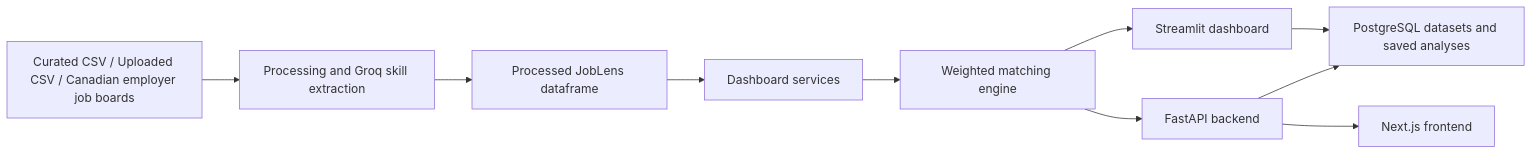
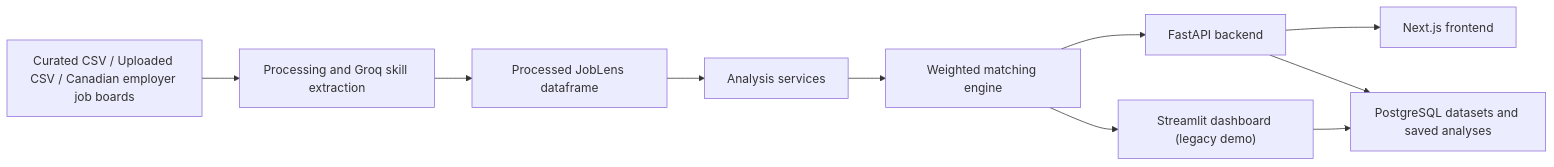
Before and after one commit to rpss30/JobLens-AI: the diagram in README.md, drawn with Mermaid. The commit also changed other lines of this file, not shown here.

````diff
--- a/README.md
+++ b/README.md
@@ -33,12 +44,12 @@
 ```mermaid
 flowchart LR
     A["Curated CSV / Uploaded CSV / Canadian employer job boards"] --> B["Processing and Groq skill extraction"]
     B --> C["Processed JobLens dataframe"]
-    C --> D["Dashboard services"]
+    C --> D["Analysis services"]
     D --> E["Weighted matching engine"]
-    E --> F["Streamlit dashboard"]
     E --> G["FastAPI backend"]
     G --> I["Next.js frontend"]
-    F --> H["PostgreSQL datasets and saved analyses"]
-    G --> H
+    G --> H["PostgreSQL datasets and saved analyses"]
+    E --> F["Streamlit dashboard (legacy demo)"]
+    F --> H
 ```
````
